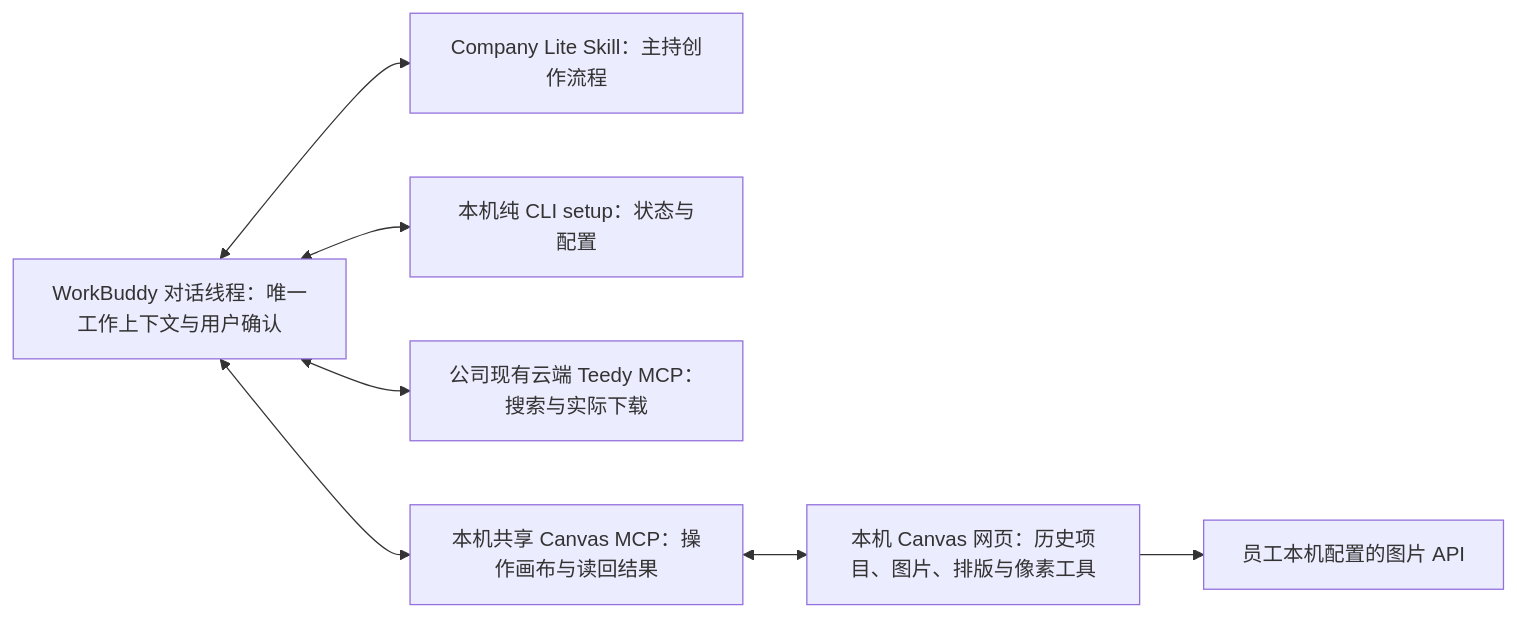
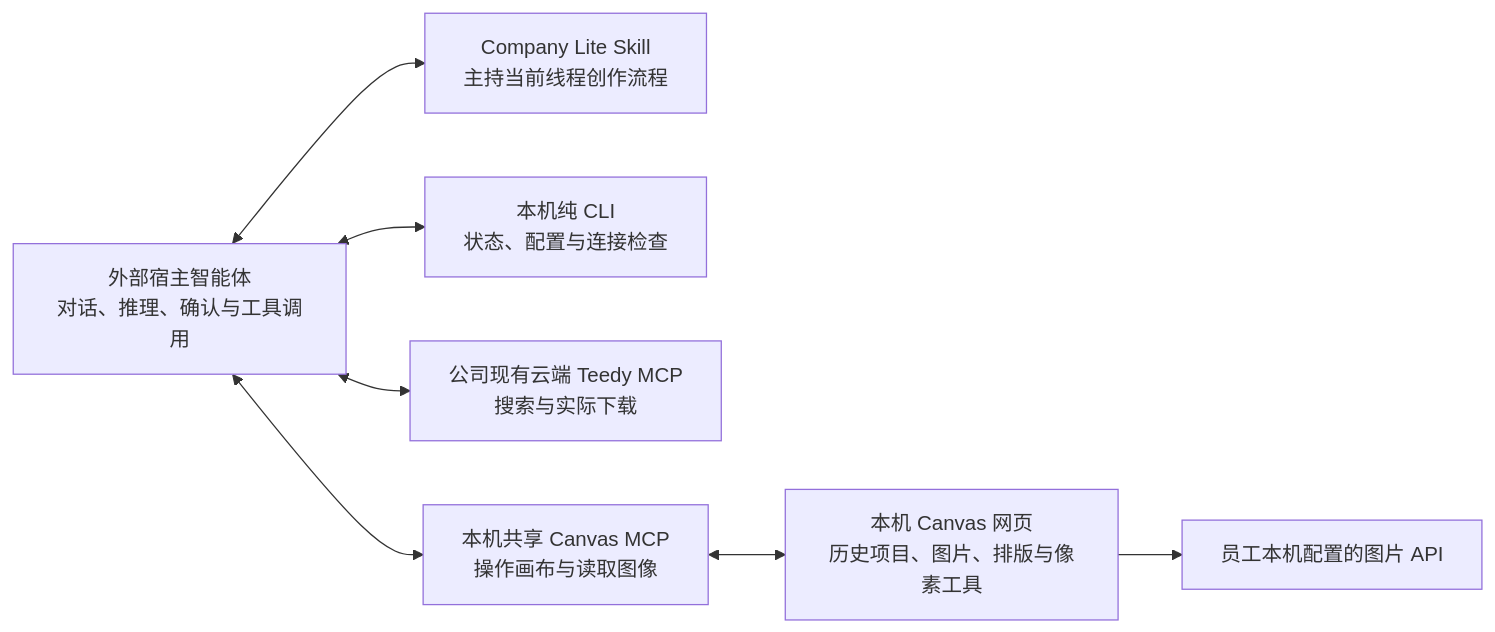
Before and after one commit to akechi0819-lgtm/creative-Agent-studio: the diagram in Creative_Agent_Studio_PRD.md, drawn with Mermaid. The commit also changed other lines of this file and 10 other files, not shown here.

Commit message:
Document source-first installation and shared Canvas host workflow

````diff
--- a/Creative_Agent_Studio_PRD.md
+++ b/Creative_Agent_Studio_PRD.md
@@ -13,9 +13,9 @@
 ```mermaid
 flowchart LR
-  WB["WorkBuddy 对话线程：唯一工作上下文与用户确认"] <--> SKILL["Company Lite Skill：主持创作流程"]
-  WB <--> SETUP["本机纯 CLI setup：状态与配置"]
-  WB <--> TEEDY["公司现有云端 Teedy MCP：搜索与实际下载"]
-  WB <--> CMCP["本机共享 Canvas MCP：操作画布与读回结果"]
-  CMCP <--> WEB["本机 Canvas 网页：历史项目、图片、排版与像素工具"]
+  HOST["外部宿主智能体<br/>对话、推理、确认与工具调用"] <--> SKILL["Company Lite Skill<br/>主持当前线程创作流程"]
+  HOST <--> SETUP["本机纯 CLI<br/>状态、配置与连接检查"]
+  HOST <--> TEEDY["公司现有云端 Teedy MCP<br/>搜索与实际下载"]
+  HOST <--> CMCP["本机共享 Canvas MCP<br/>操作画布与读取图像"]
+  CMCP <--> WEB["本机 Canvas 网页<br/>历史项目、图片、排版与像素工具"]
   WEB --> IMG["员工本机配置的图片 API"]
 ```
````
